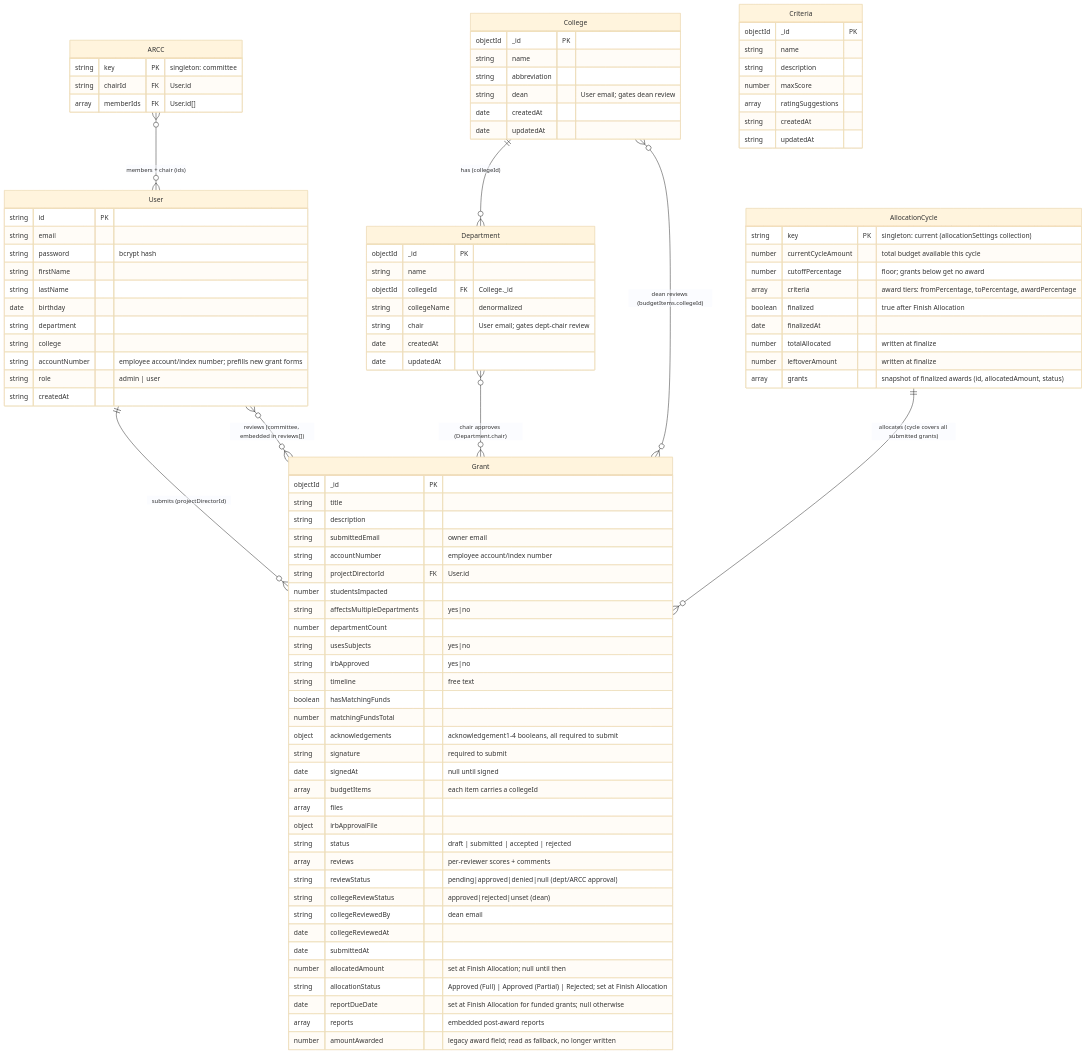
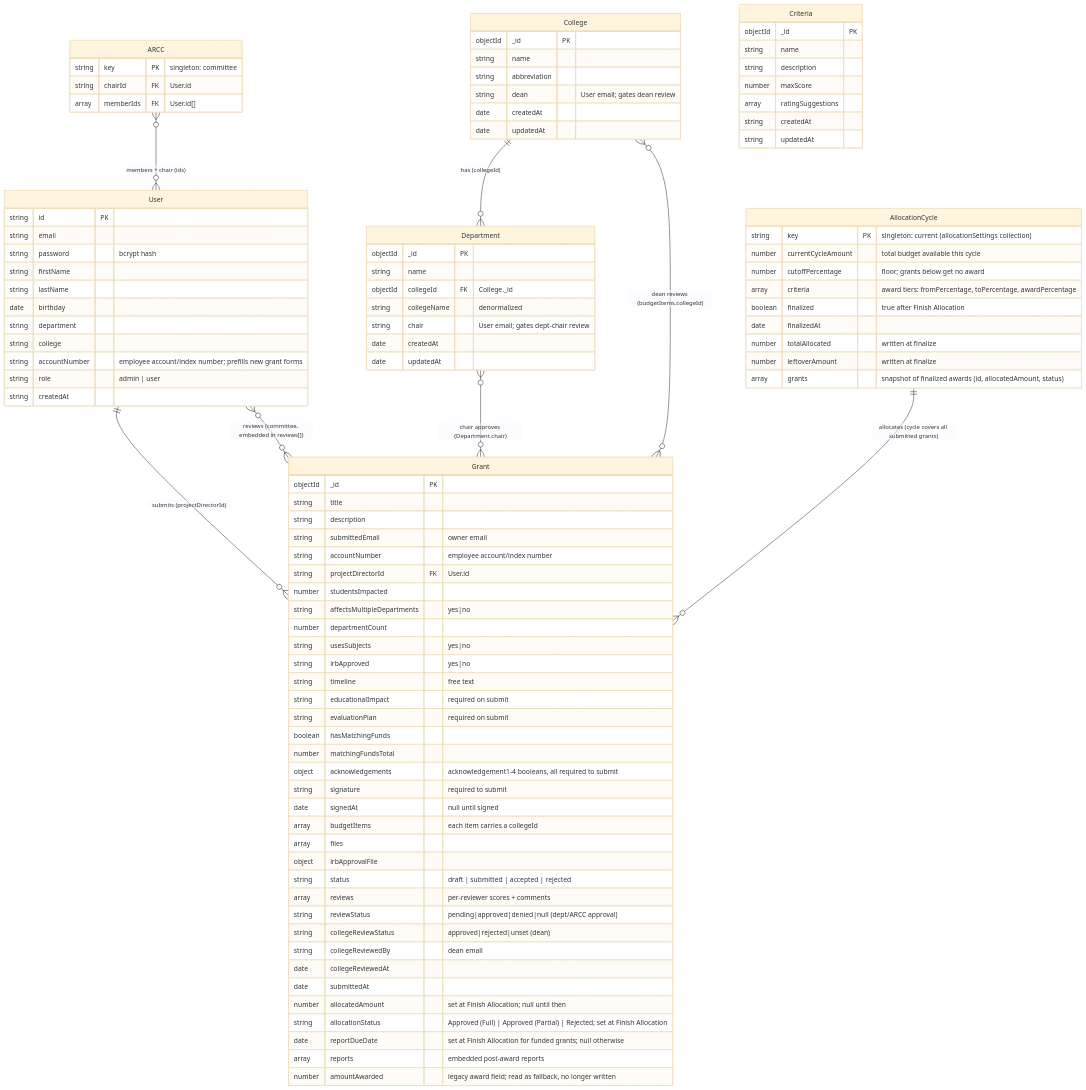
The diagram in docs/data-model.md (jayantiacharya/grant-management-system), drawn with Mermaid (base theme) before and after one commit. The commit also changed other lines of this file and 3 other files, not shown here.

```diff
--- a/docs/data-model.md
+++ b/docs/data-model.md
@@ -41,6 +41,8 @@
         string usesSubjects "yes|no"
         string irbApproved "yes|no"
         string timeline "free text"
+        string educationalImpact "required on submit"
+        string evaluationPlan "required on submit"
         boolean hasMatchingFunds
         number matchingFundsTotal
         object acknowledgements "acknowledgement1-4 booleans, all required to submit"
```
